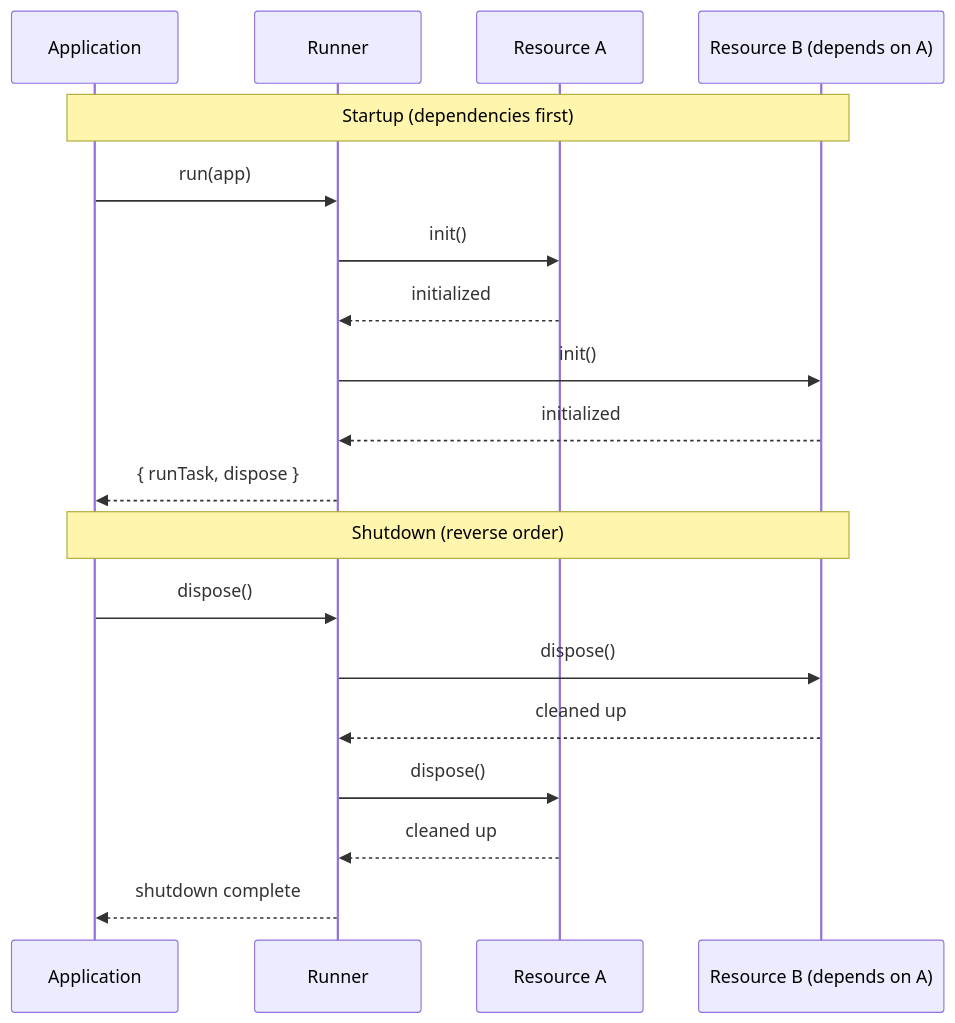
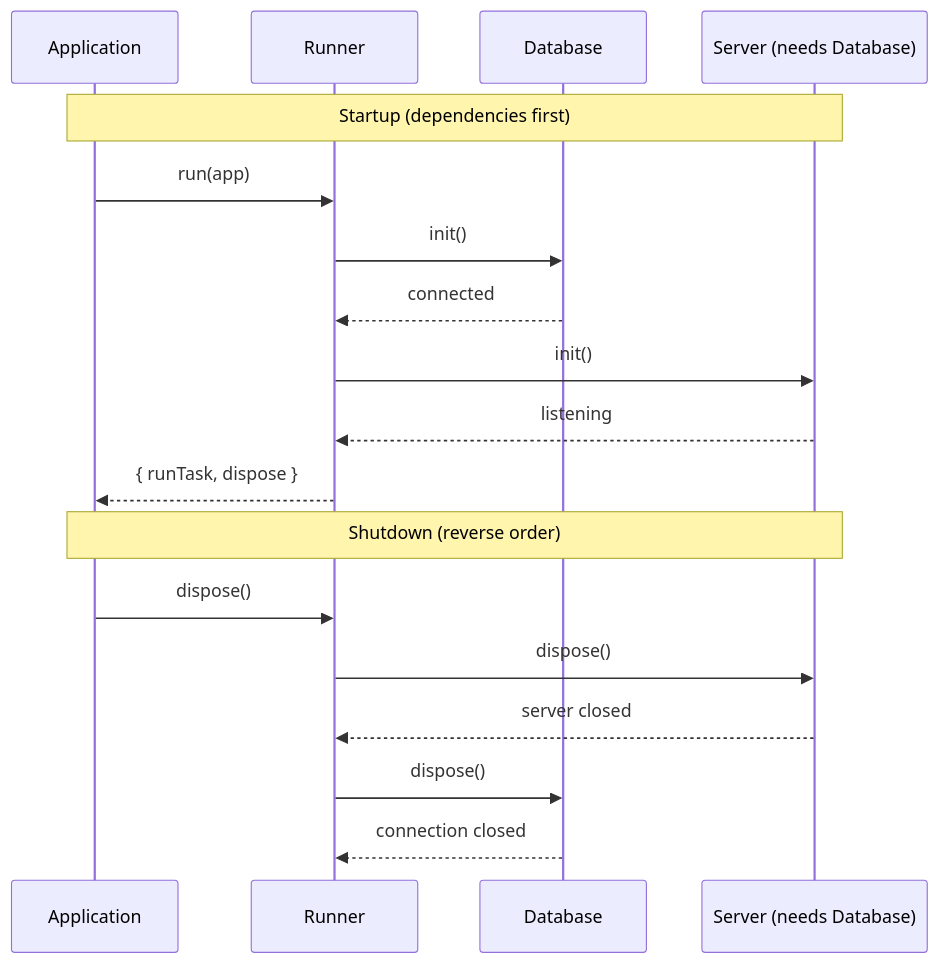
Before and after one commit to bluelibs/runner: the third of 3 diagrams in README.md, drawn with Mermaid. The commit also changed other lines of this file and 18 other files, not shown here.

````diff
--- a/README.md
+++ b/README.md
@@ -2498,23 +2698,22 @@
 ```mermaid
 sequenceDiagram
     participant App as Application
     participant Runner
-    participant R1 as Resource A
-    participant R2 as Resource B (depends on A)
+    participant R1 as Database
+    participant R2 as Server (needs Database)
 
     Note over App,R2: Startup (dependencies first)
     App->>Runner: run(app)
     Runner->>R1: init()
-    R1-->>Runner: initialized
+    R1-->>Runner: connected
     Runner->>R2: init()
-    R2-->>Runner: initialized
+    R2-->>Runner: listening
     Runner-->>App: { runTask, dispose }
 
     Note over App,R2: Shutdown (reverse order)
     App->>Runner: dispose()
     Runner->>R2: dispose()
-    R2-->>Runner: cleaned up
+    R2-->>Runner: server closed
     Runner->>R1: dispose()
-    R1-->>Runner: cleaned up
-    Runner-->>App: shutdown complete
+    R1-->>Runner: connection closed
 ```
````
